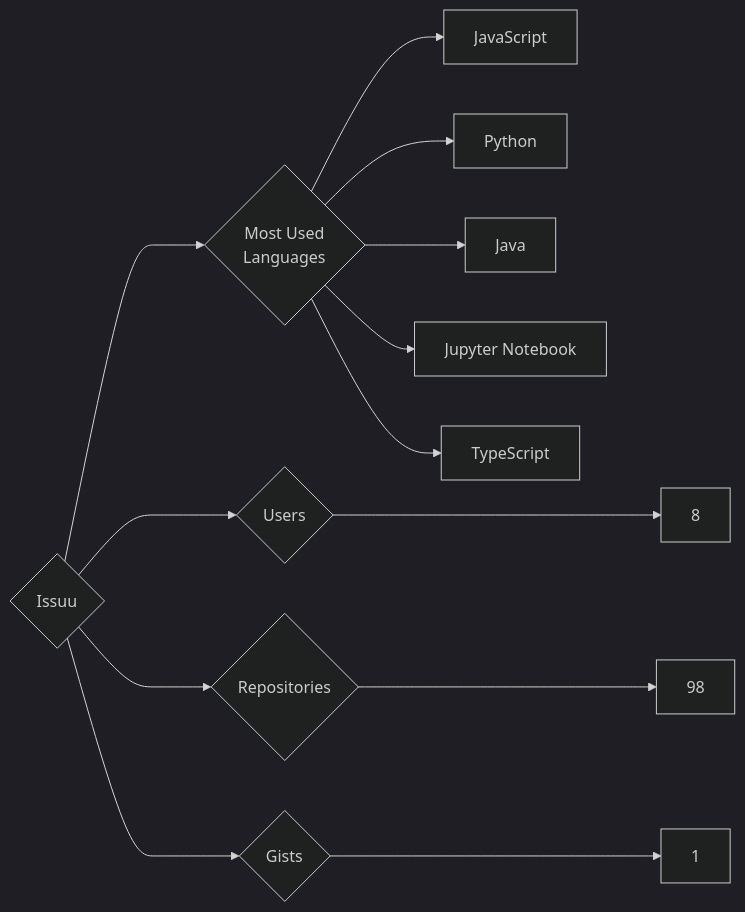
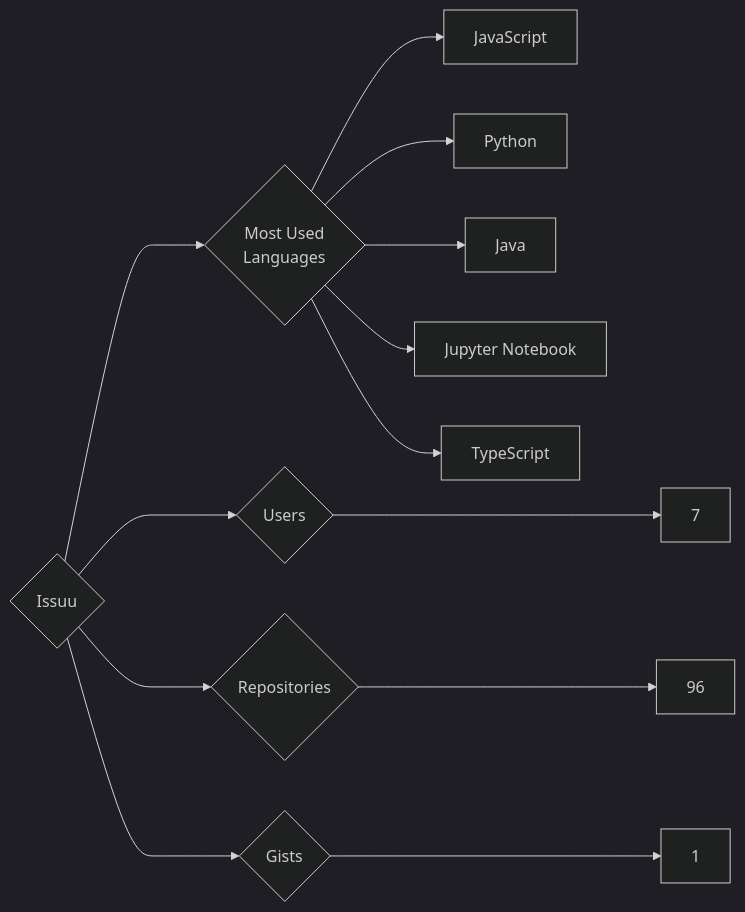
One commit to trickest/insiders changed the diagram in targets/Issuu/README.md. Above: the diagram before and after it, drawn with Mermaid (dark theme). The commit also changed 639 other files, not shown here.

````diff
--- a/targets/Issuu/README.md
+++ b/targets/Issuu/README.md
@@ -3,13 +3,13 @@
 ```mermaid
 graph LR
 COMPANY_NAME{Issuu}
-COMPANY_NAME ---> U{Users} ---> UN[8]
-COMPANY_NAME ---> R{Repositories} ---> RN[98]
+COMPANY_NAME ---> U{Users} ---> UN[7]
+COMPANY_NAME ---> R{Repositories} ---> RN[96]
 COMPANY_NAME ---> G{Gists} ---> GN[1]
 COMPANY_NAME ---> ML{Most Used<br>Languages}
 ML --> JavaScript[JavaScript]
 ML --> Python[Python]
 ML --> Java[Java]
 ML --> Jupyter_Notebook[Jupyter Notebook]
 ML --> TypeScript[TypeScript]
 ```
````
